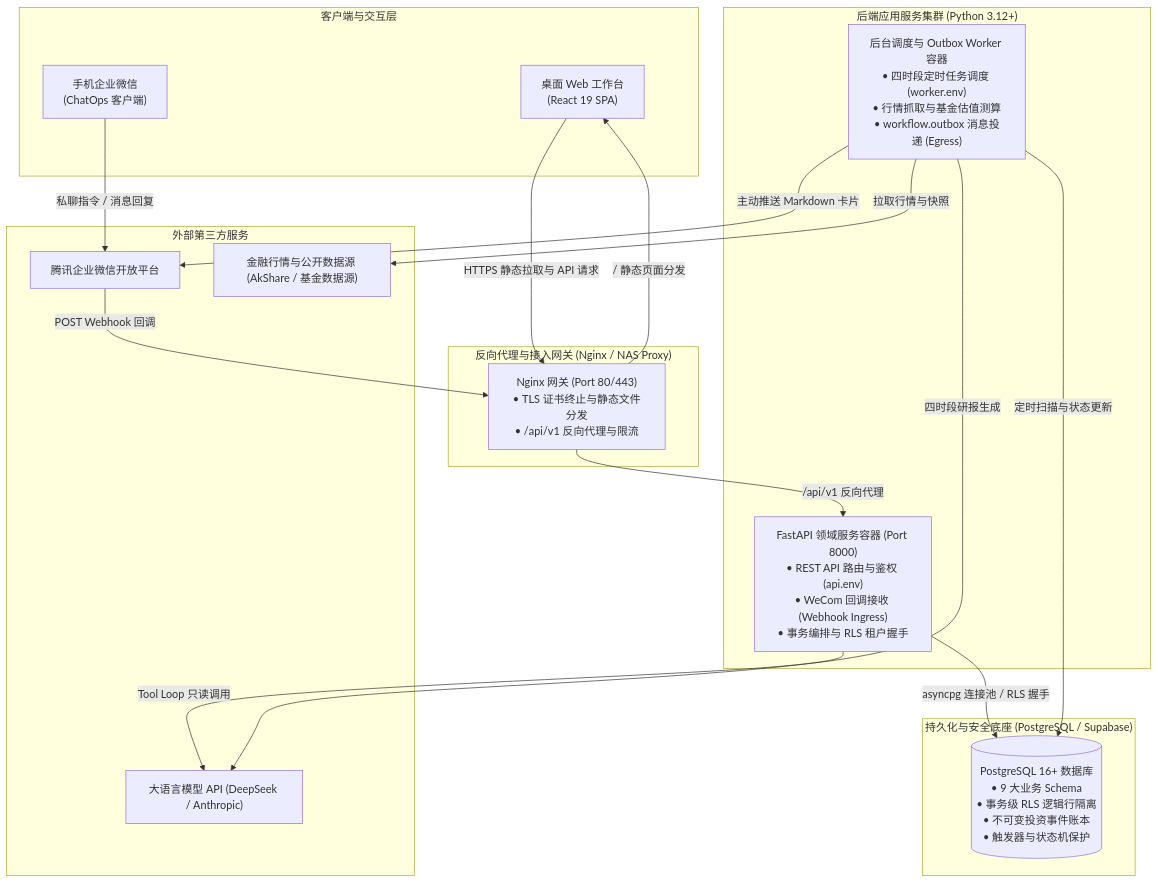
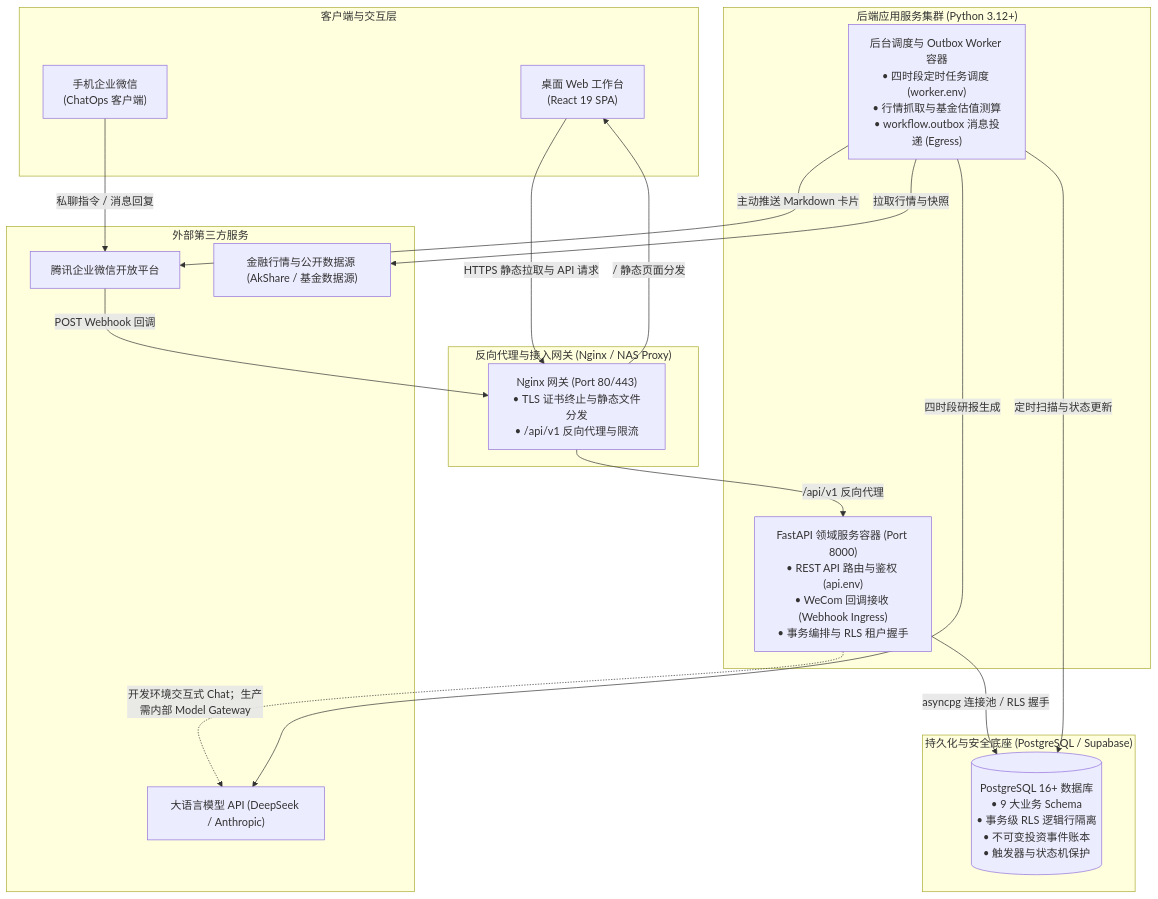
Before and after one commit to sinojelly/wealthsail: the first of 6 diagrams in docs/10.WealthSail-MVP前后端实现与系统部署规范.md, drawn with Mermaid. The commit also changed other lines of this file and 128 other files, not shown here.

````diff
--- a/docs/10.WealthSail-MVP前后端实现与系统部署规范.md
+++ b/docs/10.WealthSail-MVP前后端实现与系统部署规范.md
@@ -19,40 +19,40 @@
 ```mermaid
 flowchart TD
     subgraph ClientLayer["客户端与交互层"]
         Browser["桌面 Web 工作台<br/>(React 19 SPA)"]
         WeComApp["手机企业微信<br/>(ChatOps 客户端)"]
     end
 
     subgraph IngressLayer["反向代理与接入网关 (Nginx / NAS Proxy)"]
         Nginx["Nginx 网关 (Port 80/443)<br/>• TLS 证书终止与静态文件分发<br/>• /api/v1 反向代理与限流"]
     end
 
     subgraph ServiceLayer["后端应用服务集群 (Python 3.12+)"]
         API["FastAPI 领域服务容器 (Port 8000)<br/>• REST API 路由与鉴权 (api.env)<br/>• WeCom 回调接收 (Webhook Ingress)<br/>• 事务编排与 RLS 租户握手"]
         Worker["后台调度与 Outbox Worker 容器<br/>• 四时段定时任务调度 (worker.env)<br/>• 行情抓取与基金估值测算<br/>• workflow.outbox 消息投递 (Egress)"]
     end
 
     subgraph DataLayer["持久化与安全底座 (PostgreSQL / Supabase)"]
         SupaDB[("PostgreSQL 16+ 数据库<br/>• 9 大业务 Schema<br/>• 事务级 RLS 逻辑行隔离<br/>• 不可变投资事件账本<br/>• 触发器与状态机保护")]
     end
 
     subgraph ExternalCloud["外部第三方服务"]
         WeComServer["腾讯企业微信开放平台"]
         LLMProvider["大语言模型 API (DeepSeek / Anthropic)"]
         MarketSource["金融行情与公开数据源 (AkShare / 基金数据源)"]
     end
 
     Browser -->|HTTPS 静态拉取与 API 请求| Nginx
     WeComApp -->|私聊指令 / 消息回复| WeComServer
     WeComServer -->|POST Webhook 回调| Nginx
 
     Nginx -->|/ 静态页面分发| Browser
     Nginx -->|/api/v1 反向代理| API
 
     API -->|asyncpg 连接池 / RLS 握手| SupaDB
     Worker -->|定时扫描与状态更新| SupaDB
     Worker -->|主动推送 Markdown 卡片| WeComServer
     Worker -->|拉取行情与快照| MarketSource
-    API -->|Tool Loop 只读调用| LLMProvider
+    API -.->|开发环境交互式 Chat；生产需内部 Model Gateway| LLMProvider
     Worker -->|四时段研报生成| LLMProvider
 ```
````
